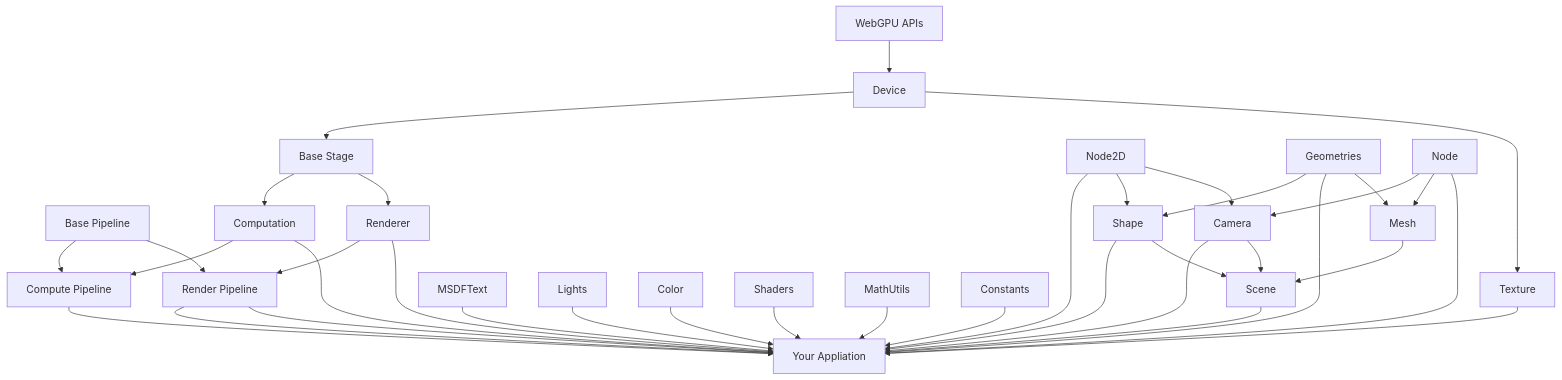
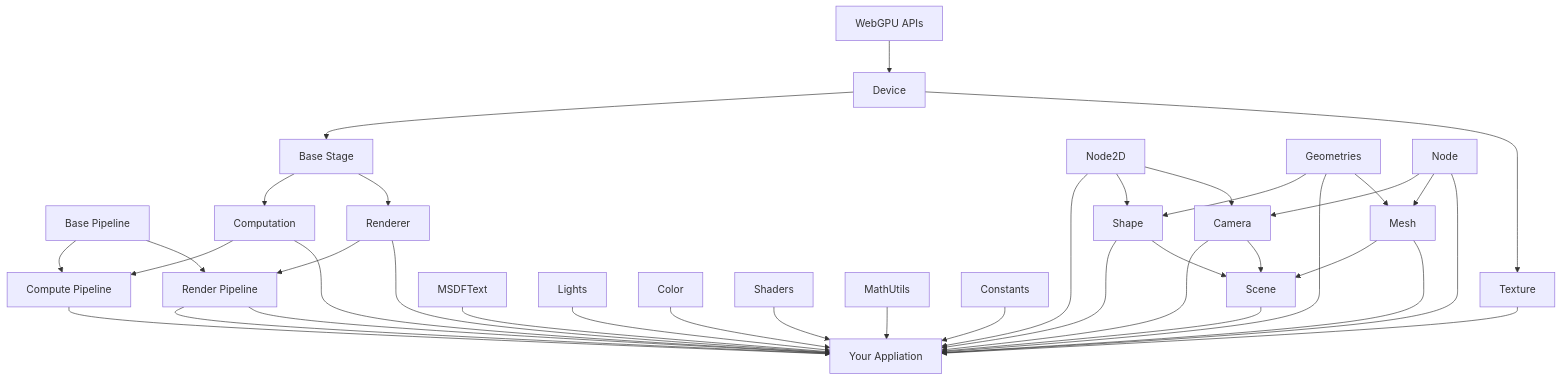
One commit to UstymUkhman/uwal changed the diagram in README.md. Above: the diagram before and after it, drawn with Mermaid. The commit also changed other lines of this file and 1 other file, not shown here.

````diff
--- a/README.md
+++ b/README.md
@@ -76,61 +64,62 @@
 ```mermaid
 flowchart TD
   GPU[WebGPU APIs]
   DEV[Device]
   APP[Your Appliation]
 
   BP[Base Pipeline]
   CP[Compute Pipeline]
   RP[Render Pipeline]
   BS[Base Stage]
   COMP[Computation]
   RNDR[Renderer]
   TEX[Texture]
 
   GPU  --> DEV
   DEV  --> BS
   DEV  --> TEX
   BS   --> COMP
   BS   --> RNDR
   COMP --> CP
   COMP --> APP
   BP   --> CP
   BP   --> RP
   CP   --> APP
   RP   --> APP
   RNDR --> RP
   RNDR --> APP
 
   ND2[Node2D]
   GEO[Geometries]
   ND[Node]
   CAM[Camera]
   SHP[Shape]
   MESH[Mesh]
   SCN[Scene]
 
   ND2  --> APP
   ND2  --> SHP
   ND2  --> CAM
   GEO  --> SHP
   GEO  --> APP
   GEO  --> MESH
   ND   --> CAM
   ND   --> MESH
   ND   --> APP
   SHP  --> APP
   SHP  --> SCN
   MESH --> SCN
+  MESH --> APP
   CAM  --> APP
   CAM  --> SCN
   RP   --> APP
   TEX  --> APP
   SCN  --> APP
 
   TXT[MSDFText]    --> APP
   LGHT[Lights]     --> APP
   COL[Color]       --> APP
   SHDS[Shaders]    --> APP
   MATH[MathUtils]  --> APP
   CONST[Constants] --> APP
 ```
````
